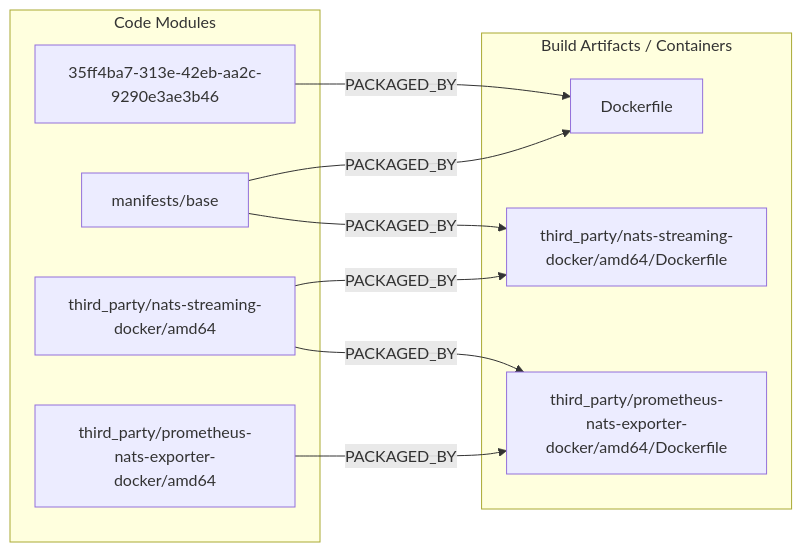
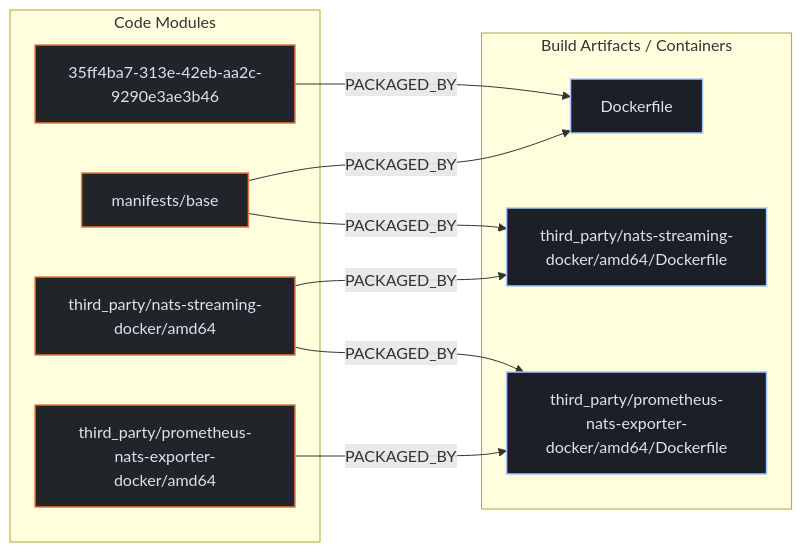
Before and after one commit to kumarshaz/atruss-code-atlas: the second of 3 diagrams in exports/latest/reports/argoproj-argo-events-report.md, drawn with Mermaid. The commit also changed other lines of this file and 331 other files, not shown here.

Commit message:
docs,ui,fix: update SDLC docs, reorder CI/CD DAG first, stylize Mermaid, and fix Arc42 pipeline topology

````diff
--- a/exports/latest/reports/argoproj-argo-events-report.md
+++ b/exports/latest/reports/argoproj-argo-events-report.md
@@ -201,20 +208,24 @@
 ```mermaid
 flowchart LR
+    classDef atlasCategory fill:#212428,stroke:#E87A48,stroke-width:1.5px,color:#dfe3eb
+    classDef atlasWorkflow fill:#1b2026,stroke:#a3c9ff,stroke-width:1.5px,color:#dfe3eb
+    classDef atlasJob fill:#171c22,stroke:#8d9199,stroke-width:1px,color:#dfe3eb
+    classDef atlasTarget fill:#005227,stroke:#8bd99b,stroke-width:1.5px,color:#a7f6b6
     subgraph code_modules["Code Modules"]
-        mod_35ff4ba7_313e_42eb_aa2c_9290e3ae3b46["35ff4ba7-313e-42eb-aa2c-9290e3ae3b46"]
-        mod_manifests_base["manifests/base"]
-        mod_third_party_nats_streaming_docker_amd64["third_party/nats-streaming-docker/amd64"]
-        mod_third_party_prometheus_nats_exporter_docker_amd64["third_party/prometheus-nats-exporter-docker/amd64"]
+        mod_35ff4ba7_313e_42eb_aa2c_9290e3ae3b46["35ff4ba7-313e-42eb-aa2c-9290e3ae3b46"]:::atlasCategory
+        mod_manifests_base["manifests/base"]:::atlasCategory
+        mod_third_party_nats_streaming_docker_amd64["third_party/nats-streaming-docker/amd64"]:::atlasCategory
+        mod_third_party_prometheus_nats_exporter_docker_amd64["third_party/prometheus-nats-exporter-docker/amd64"]:::atlasCategory
     end
     subgraph build_artifacts["Build Artifacts / Containers"]
-        art_Dockerfile["Dockerfile"]
-        art_third_party_nats_streaming_docker_amd64_Dockerfile["third_party/nats-streaming-docker/amd64/Dockerfile"]
-        art_third_party_prometheus_nats_exporter_docker_amd64_Dockerfile["third_party/prometheus-nats-exporter-docker/amd64/Dockerfile"]
+        art_Dockerfile["Dockerfile"]:::atlasWorkflow
+        art_third_party_nats_streaming_docker_amd64_Dockerfile["third_party/nats-streaming-docker/amd64/Dockerfile"]:::atlasWorkflow
+        art_third_party_prometheus_nats_exporter_docker_amd64_Dockerfile["third_party/prometheus-nats-exporter-docker/amd64/Dockerfile"]:::atlasWorkflow
     end
     mod_35ff4ba7_313e_42eb_aa2c_9290e3ae3b46 -->|PACKAGED_BY| art_Dockerfile
     mod_manifests_base -->|PACKAGED_BY| art_Dockerfile
     mod_manifests_base -->|PACKAGED_BY| art_third_party_nats_streaming_docker_amd64_Dockerfile
     mod_third_party_nats_streaming_docker_amd64 -->|PACKAGED_BY| art_third_party_nats_streaming_docker_amd64_Dockerfile
     mod_third_party_nats_streaming_docker_amd64 -->|PACKAGED_BY| art_third_party_prometheus_nats_exporter_docker_amd64_Dockerfile
     mod_third_party_prometheus_nats_exporter_docker_amd64 -->|PACKAGED_BY| art_third_party_prometheus_nats_exporter_docker_amd64_Dockerfile
 ```
````
